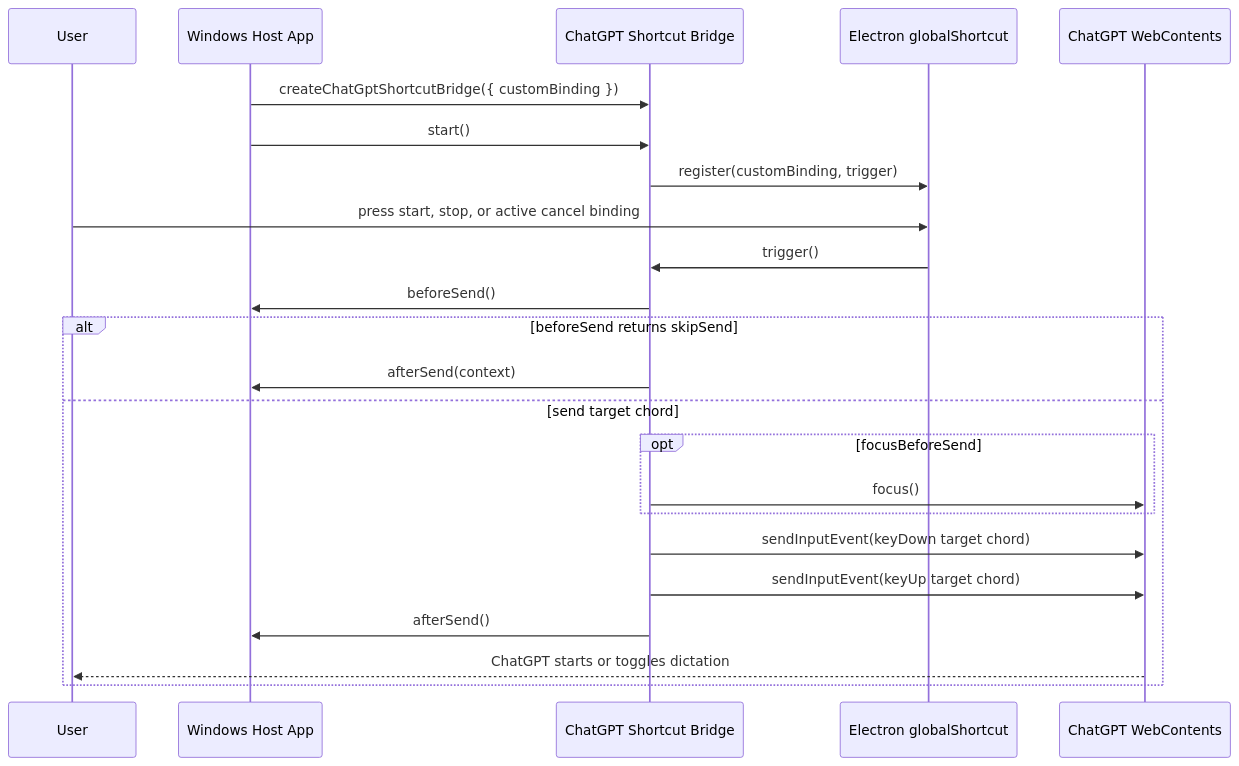
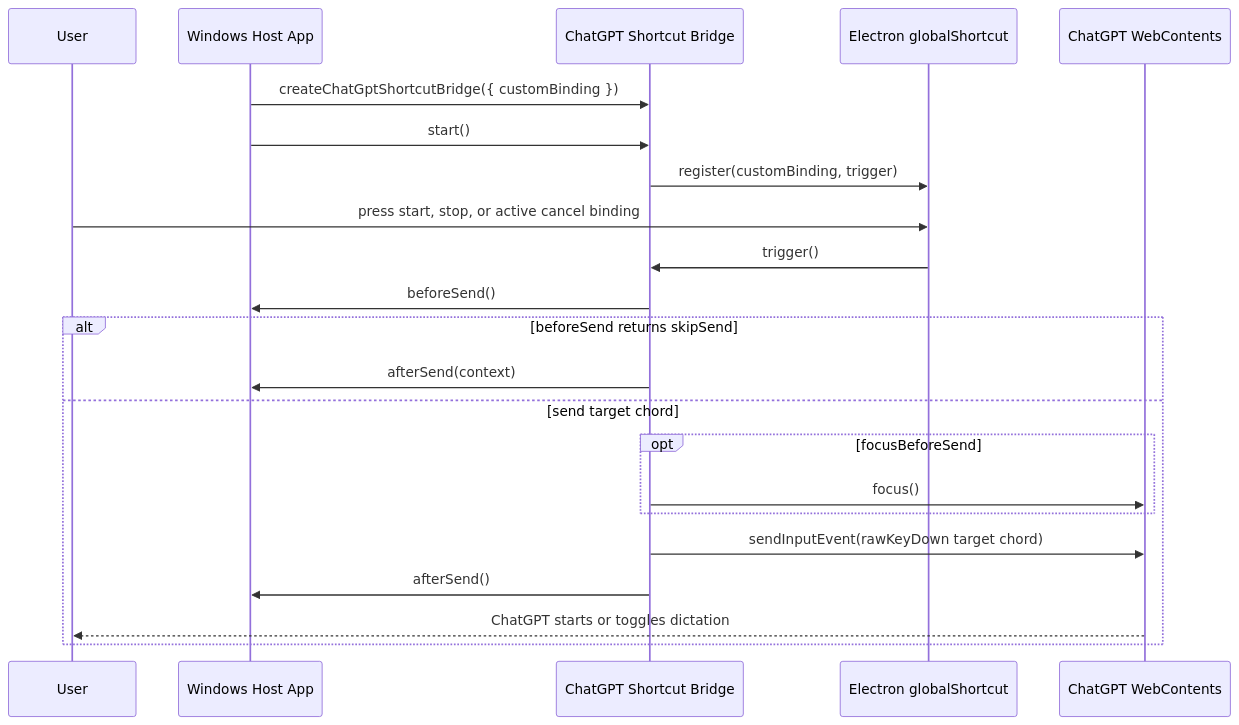
One commit to AKAazure/Dandelion changed the second of 2 diagrams in .doc/modules/chatgpt-shortcut-bridge.md. Above: the diagram before and after it, drawn with Mermaid. The commit also changed other lines of this file and 33 other files, not shown here.

````diff
--- a/.doc/modules/chatgpt-shortcut-bridge.md
+++ b/.doc/modules/chatgpt-shortcut-bridge.md
@@ -84,26 +83,25 @@
 ```mermaid
 sequenceDiagram
   participant User
   participant Host as Windows Host App
   participant Bridge as ChatGPT Shortcut Bridge
   participant Electron as Electron globalShortcut
   participant Page as ChatGPT WebContents
 
   Host->>Bridge: createChatGptShortcutBridge({ customBinding })
   Host->>Bridge: start()
   Bridge->>Electron: register(customBinding, trigger)
   User->>Electron: press start, stop, or active cancel binding
   Electron->>Bridge: trigger()
   Bridge->>Host: beforeSend()
   alt beforeSend returns skipSend
     Bridge->>Host: afterSend(context)
   else send target chord
     opt focusBeforeSend
       Bridge->>Page: focus()
     end
-    Bridge->>Page: sendInputEvent(keyDown target chord)
-    Bridge->>Page: sendInputEvent(keyUp target chord)
+    Bridge->>Page: sendInputEvent(rawKeyDown target chord)
     Bridge->>Host: afterSend()
     Page-->>User: ChatGPT starts or toggles dictation
   end
 ```
````
